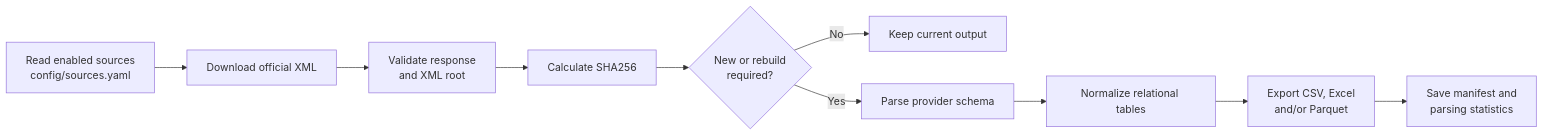
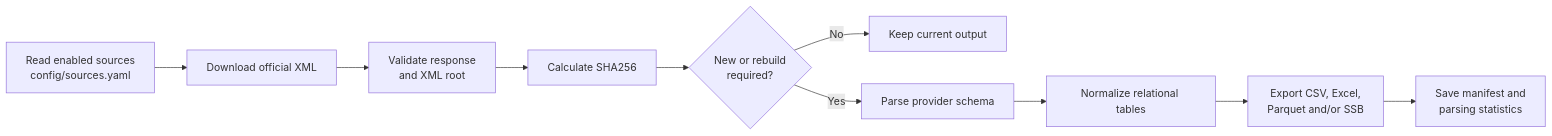
The diagram in README.md (Vishukk1503/sanctions-parser), drawn with Mermaid before and after one commit. The commit also changed other lines of this file and 13 other files, not shown here.

````diff
--- a/README.md
+++ b/README.md
@@ -44,12 +44,12 @@
 ```mermaid
 flowchart LR
     A["Read enabled sources<br/>config/sources.yaml"] --> B["Download official XML"]
     B --> C["Validate response<br/>and XML root"]
     C --> D["Calculate SHA256"]
     D --> E{"New or rebuild<br/>required?"}
     E -- No --> F["Keep current output"]
     E -- Yes --> G["Parse provider schema"]
     G --> H["Normalize relational tables"]
-    H --> I["Export CSV, Excel<br/>and/or Parquet"]
+    H --> I["Export CSV, Excel,<br/>Parquet and/or SSB"]
     I --> J["Save manifest and<br/>parsing statistics"]
 ```
````
